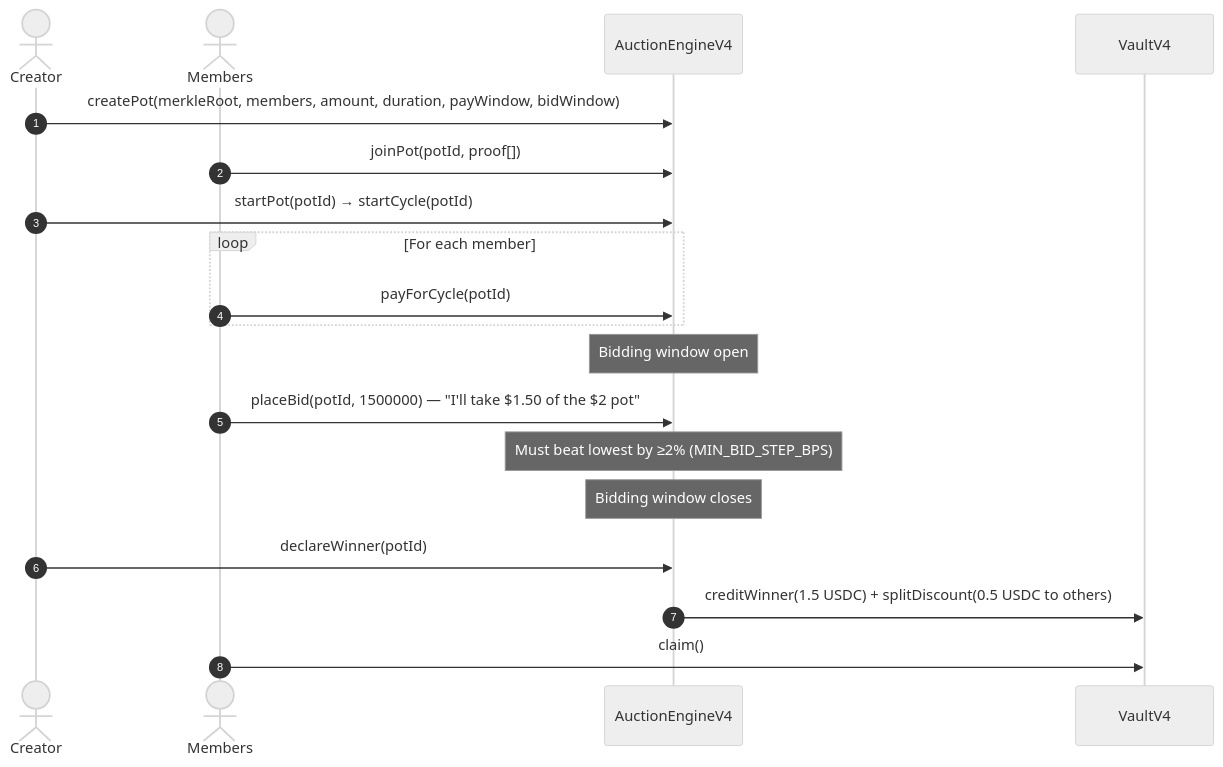
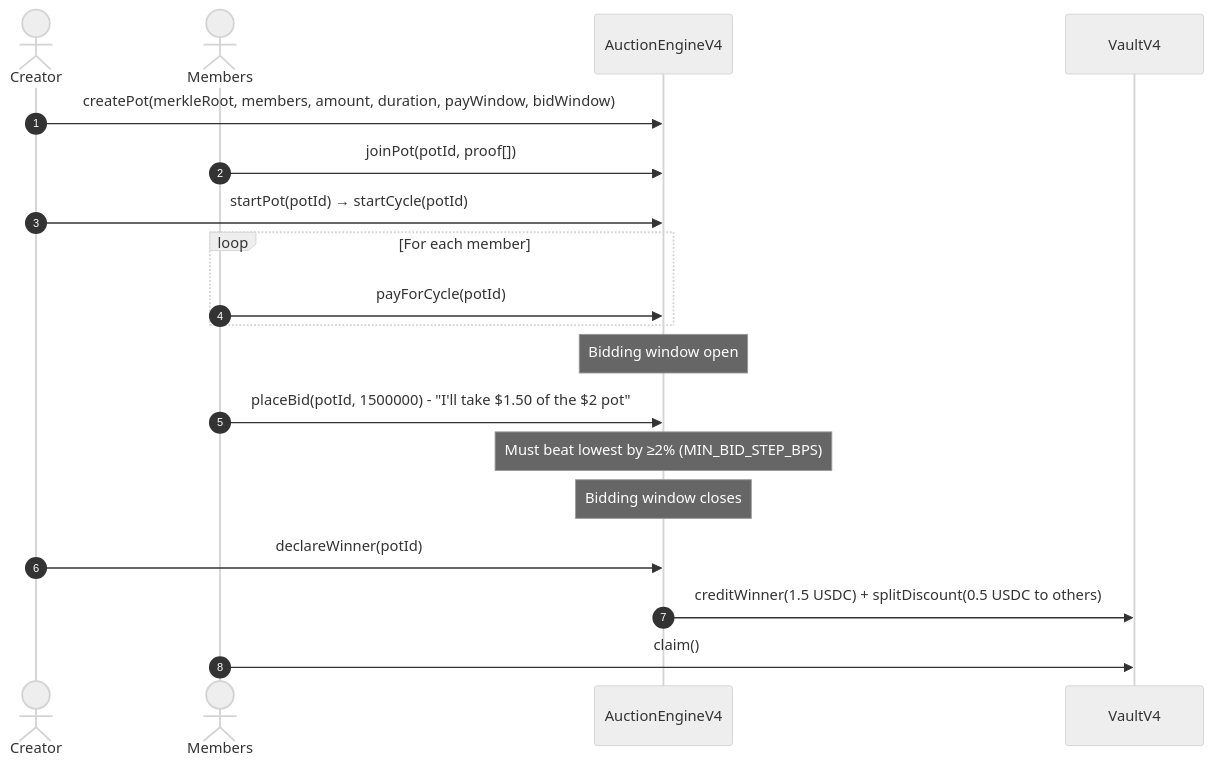
The third of 5 diagrams in README.md (Web3Spell/chainpot), drawn with Mermaid (neutral theme) before and after one commit. The commit also changed other lines of this file, not shown here.

````diff
--- a/README.md
+++ b/README.md
@@ -117,25 +121,25 @@
 ```mermaid
 sequenceDiagram
     autonumber
     actor C as Creator
     actor M as Members
     participant AE as AuctionEngineV4
     participant V as VaultV4
 
     C->>AE: createPot(merkleRoot, members, amount, duration, payWindow, bidWindow)
     M->>AE: joinPot(potId, proof[])
     C->>AE: startPot(potId) → startCycle(potId)
 
     loop For each member
       M->>AE: payForCycle(potId)
     end
 
     Note over AE: Bidding window open
-    M->>AE: placeBid(potId, 1500000) — "I'll take $1.50 of the $2 pot"
+    M->>AE: placeBid(potId, 1500000) - "I'll take $1.50 of the $2 pot"
     Note over AE: Must beat lowest by ≥2% (MIN_BID_STEP_BPS)
 
     Note over AE: Bidding window closes
     C->>AE: declareWinner(potId)
     AE->>V: creditWinner(1.5 USDC) + splitDiscount(0.5 USDC to others)
     M->>V: claim()
 ```
````
